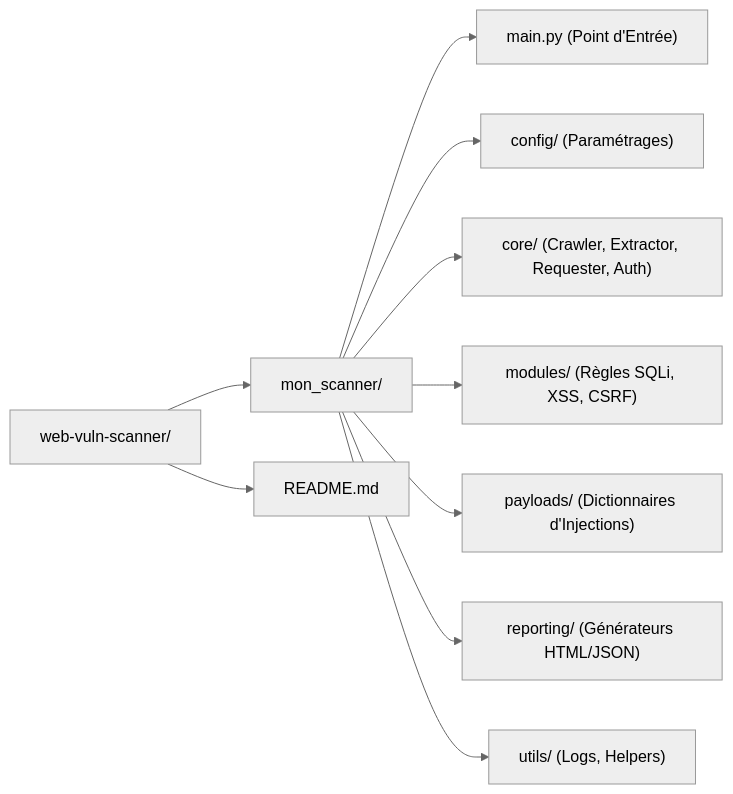
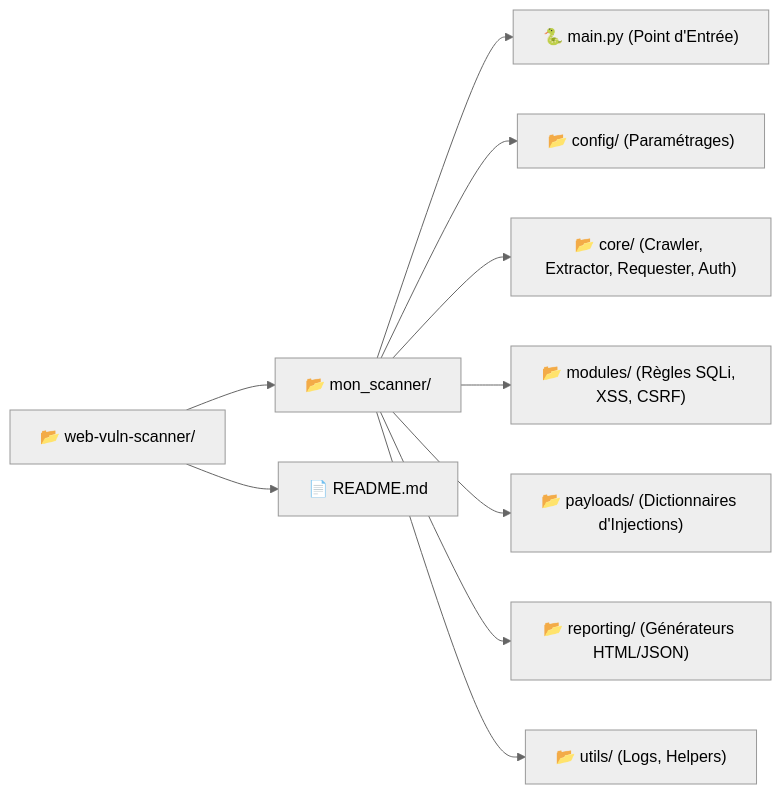
One commit to JamaiAli/web-vuln-scanner changed the second of 2 diagrams in README.md. Above: the diagram before and after it, drawn with Mermaid (neutral theme). The commit also changed other lines of this file, not shown here.

Commit message:
Restore emojis selectively in Architecture and Organisation sections

````diff
--- a/README.md
+++ b/README.md
@@ -67,12 +67,12 @@
 ```mermaid
 graph LR
-    Root["web-vuln-scanner/"] --> Scanner["mon_scanner/"]
-    Root --> Readme["README.md"]
-    Scanner --> Main["main.py (Point d'Entrée)"]
-    Scanner --> Config["config/ (Paramétrages)"]
-    Scanner --> Core["core/ (Crawler, Extractor, Requester, Auth)"]
-    Scanner --> Modules["modules/ (Règles SQLi, XSS, CSRF)"]
-    Scanner --> Payloads["payloads/ (Dictionnaires d'Injections)"]
-    Scanner --> Reporting["reporting/ (Générateurs HTML/JSON)"]
-    Scanner --> Utils["utils/ (Logs, Helpers)"]
+    Root["📂 web-vuln-scanner/"] --> Scanner["📂 mon_scanner/"]
+    Root --> Readme["📄 README.md"]
+    Scanner --> Main["🐍 main.py (Point d'Entrée)"]
+    Scanner --> Config["📂 config/ (Paramétrages)"]
+    Scanner --> Core["📂 core/ (Crawler, Extractor, Requester, Auth)"]
+    Scanner --> Modules["📂 modules/ (Règles SQLi, XSS, CSRF)"]
+    Scanner --> Payloads["📂 payloads/ (Dictionnaires d'Injections)"]
+    Scanner --> Reporting["📂 reporting/ (Générateurs HTML/JSON)"]
+    Scanner --> Utils["📂 utils/ (Logs, Helpers)"]
 ```
````
